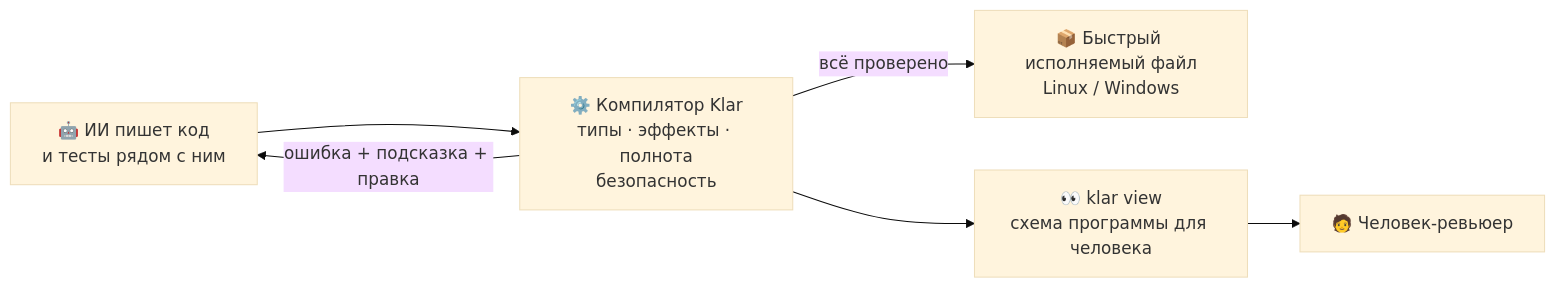
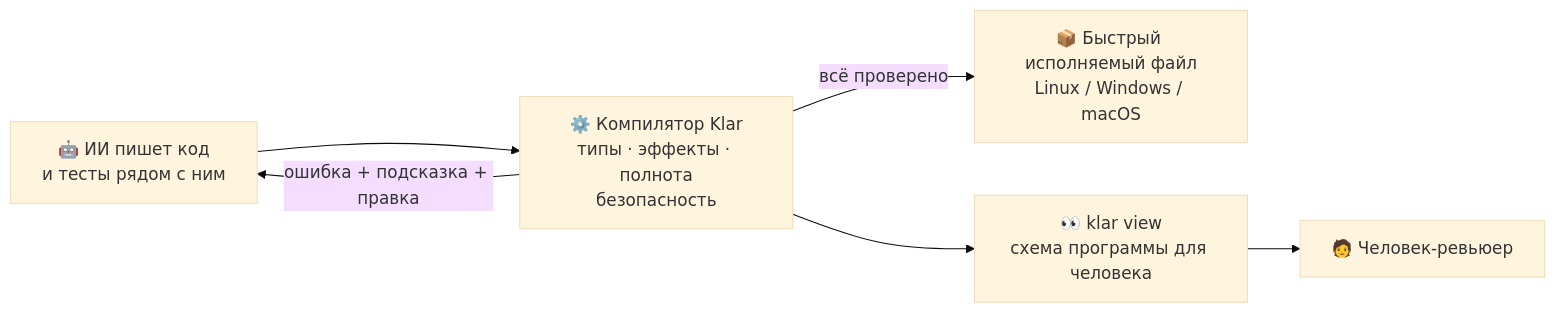
One commit to veosett/Klar changed the first of 13 diagrams in docs/GUIDE.md. Above: the diagram before and after it, drawn with Mermaid (base theme). The commit also changed other lines of this file and 22 other files, not shown here.

````diff
--- a/docs/GUIDE.md
+++ b/docs/GUIDE.md
@@ -10,8 +10,8 @@
 ```mermaid
 flowchart LR
     ai["🤖 ИИ пишет код<br/>и тесты рядом с ним"] --> klar["⚙️ Компилятор Klar<br/>типы · эффекты · полнота<br/>безопасность"]
     klar -- "ошибка + подсказка + правка" --> ai
-    klar -- "всё проверено" --> exe["📦 Быстрый исполняемый файл<br/>Linux / Windows"]
+    klar -- "всё проверено" --> exe["📦 Быстрый исполняемый файл<br/>Linux / Windows / macOS"]
     klar --> view["👀 klar view<br/>схема программы для человека"]
     view --> human["🧑 Человек-ревьюер"]
 ```
````
